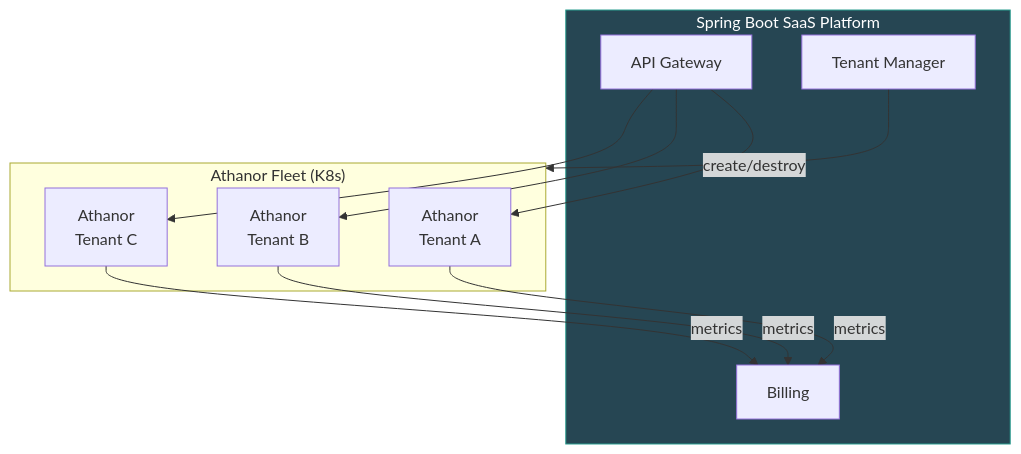
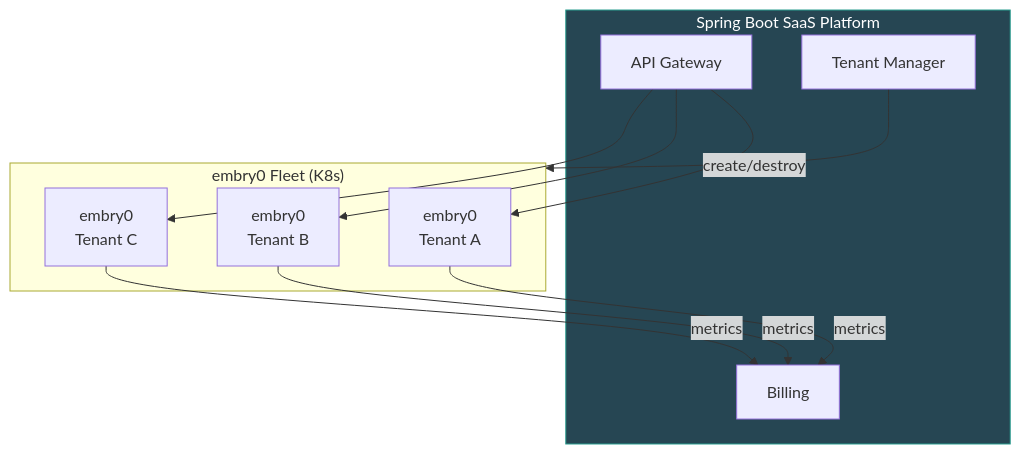
One commit to sudoTomas/embry0 changed diagram 11 of 11 in docs/architecture.md. Above: the diagram before and after it, drawn with Mermaid. The commit also changed other lines of this file and 8 other files, not shown here.

````diff
--- a/docs/architecture.md
+++ b/docs/architecture.md
@@ -1064,24 +1064,24 @@
 ```mermaid
 graph TB
     subgraph SaaS["Spring Boot SaaS Platform"]
         GW["API Gateway"]
         TM["Tenant Manager"]
         BL["Billing"]
     end
 
-    subgraph Fleet["Athanor Fleet (K8s)"]
-        L1["Athanor<br/>Tenant A"]
-        L2["Athanor<br/>Tenant B"]
-        L3["Athanor<br/>Tenant C"]
+    subgraph Fleet["embry0 Fleet (K8s)"]
+        L1["embry0<br/>Tenant A"]
+        L2["embry0<br/>Tenant B"]
+        L3["embry0<br/>Tenant C"]
     end
 
     GW --> L1
     GW --> L2
     GW --> L3
     TM -->|create/destroy| Fleet
     L1 -->|metrics| BL
     L2 -->|metrics| BL
     L3 -->|metrics| BL
 
     style SaaS fill:#264653,stroke:#2a9d8f,color:#fff
 ```
````
